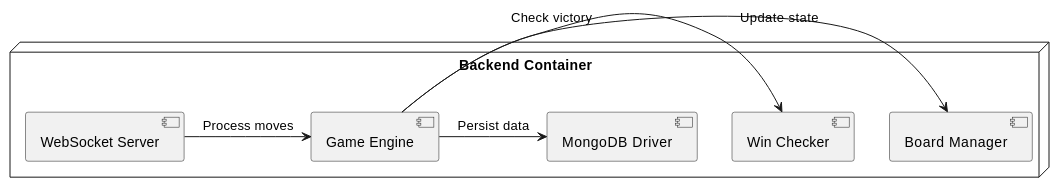
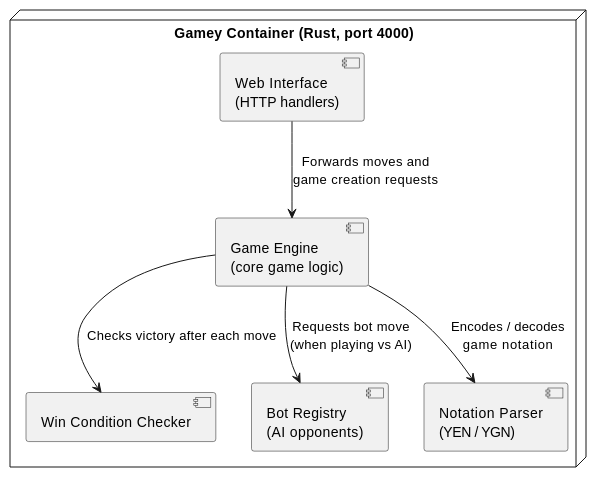
One commit to Arquisoft/yovi_en1b changed the second of 4 diagrams in docs/src/07_deployment_view.adoc. Above: the diagram before and after it, drawn with PlantUML. The commit also changed other lines of this file and 1 other file, not shown here.

```diff
--- a/docs/src/07_deployment_view.adoc
+++ b/docs/src/07_deployment_view.adoc
@@ -122,18 +141,17 @@
-[plantuml,"backend-detail",png]
+[plantuml,"gamey-detail",png]
 ----
 @startuml
-node "Backend Container" {
-    component "Game Engine" as engine
-    component "WebSocket Server" as ws
-    component "Win Checker" as win
-    component "Board Manager" as board
-    component "MongoDB Driver" as db
+node "Gamey Container (Rust, port 4000)" {
+    component "Web Interface\n(HTTP handlers)" as web
+    component "Game Engine\n(core game logic)" as engine
+    component "Win Condition Checker" as win
+    component "Bot Registry\n(AI opponents)" as bot
+    component "Notation Parser\n(YEN / YGN)" as notation
 }
 
-ws -> engine : Process moves
-engine -> board : Update state
-engine -> win : Check victory
-engine -> db : Persist data
-
+web --> engine : Forwards moves and\ngame creation requests
+engine --> win : Checks victory after each move
+engine --> bot : Requests bot move\n(when playing vs AI)
+engine --> notation : Encodes / decodes\ngame notation
 @enduml
 ----
```
